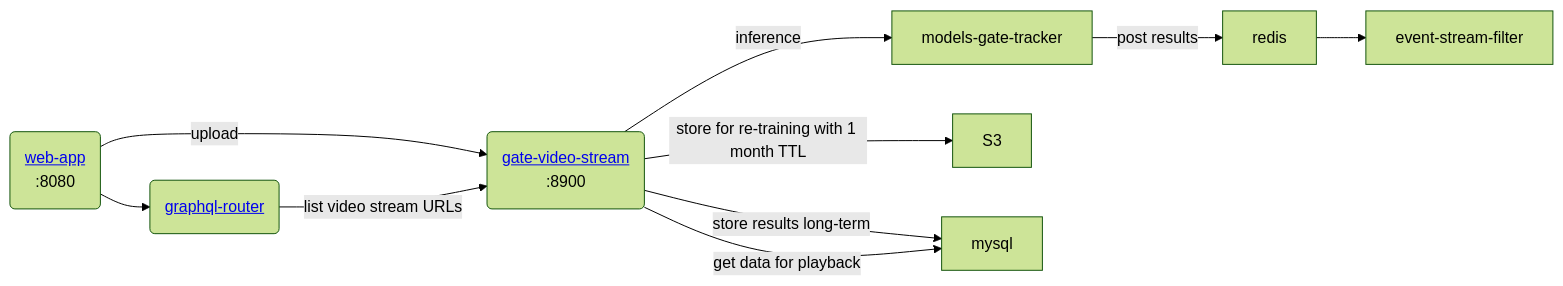
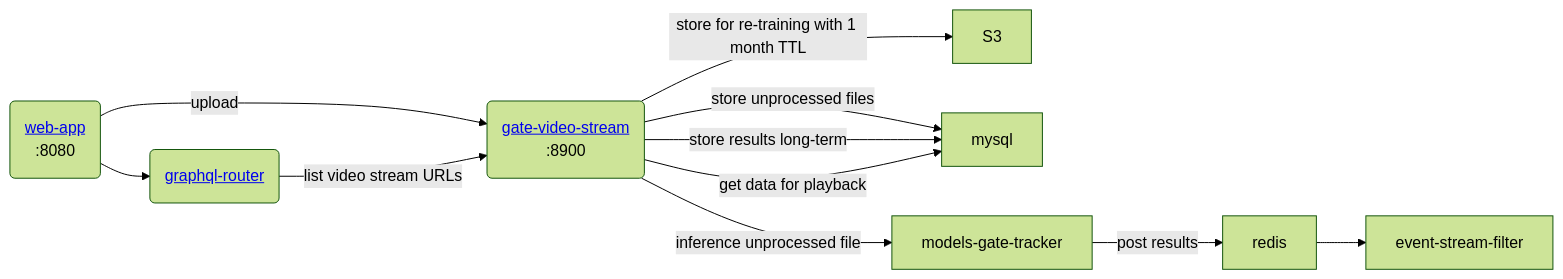
Before and after one commit to Gratheon/gate-video-stream: the diagram in README.md, drawn with Mermaid (forest theme).

````diff
--- a/README.md
+++ b/README.md
@@ -13,9 +13,11 @@
 ```mermaid
 flowchart LR
-	web-app --"upload"--> gate-video-stream --"inference"-->models-gate-tracker--"post results"-->redis-->event-stream-filter
-	gate-video-stream --"store for re-training with 1 month TTL"--> S3
+	web-app --"upload"--> gate-video-stream --"store for re-training with 1 month TTL"--> S3
+	gate-video-stream --"store unprocessed files" --> mysql
+ 	gate-video-stream --"inference unprocessed file" --> models-gate-tracker -- "post results" --> redis --> event-stream-filter
 	gate-video-stream --"store results long-term" --> mysql
+        
 
     web-app("<a href='https://github.com/Gratheon/web-app'>web-app</a>\n:8080") --> graphql-router("<a href='https://github.com/Gratheon/graphql-router'>graphql-router</a>") --"list video stream URLs"--> gate-video-stream("<a href='https://github.com/Gratheon/gate-video-stream'>gate-video-stream</a>\n:8900") -- "get data for playback" --> mysql
 
 ```
````
